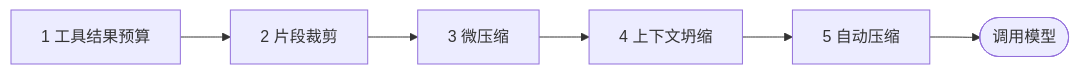
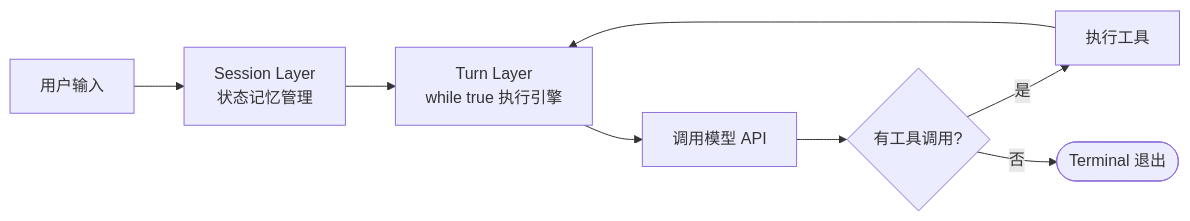
One commit to morphph/loreai-v2 changed the first of 3 diagrams in content/blog/zh/claude-code-agent-loop-query-engine-deep-dive.md. Above: the diagram before and after it, drawn with Mermaid. The commit also changed other lines of this file and 1 other file, not shown here.

First line of the commit message:
fix: improve diagram generation — prefer mermaid over D2, stricter arch assessment

````diff
--- a/content/blog/zh/claude-code-agent-loop-query-engine-deep-dive.md
+++ b/content/blog/zh/claude-code-agent-loop-query-engine-deep-dive.md
@@ -161,8 +90,10 @@
 ```mermaid
 flowchart LR
-  A[1 工具结果预算] --> B[2 片段裁剪]
-  B --> C[3 微压缩]
-  C --> D[4 上下文坍缩]
-  D --> E[5 自动压缩]
-  E --> F([调用模型])
+    U[用户输入] --> SL[Session Layer\n状态记忆管理]
+    SL --> TL[Turn Layer\nwhile true 执行引擎]
+    TL --> API[调用模型 API]
+    API --> TC{有工具调用?}
+    TC -->|是| EX[执行工具]
+    EX --> TL
+    TC -->|否| END([Terminal 退出])
 ```
````
